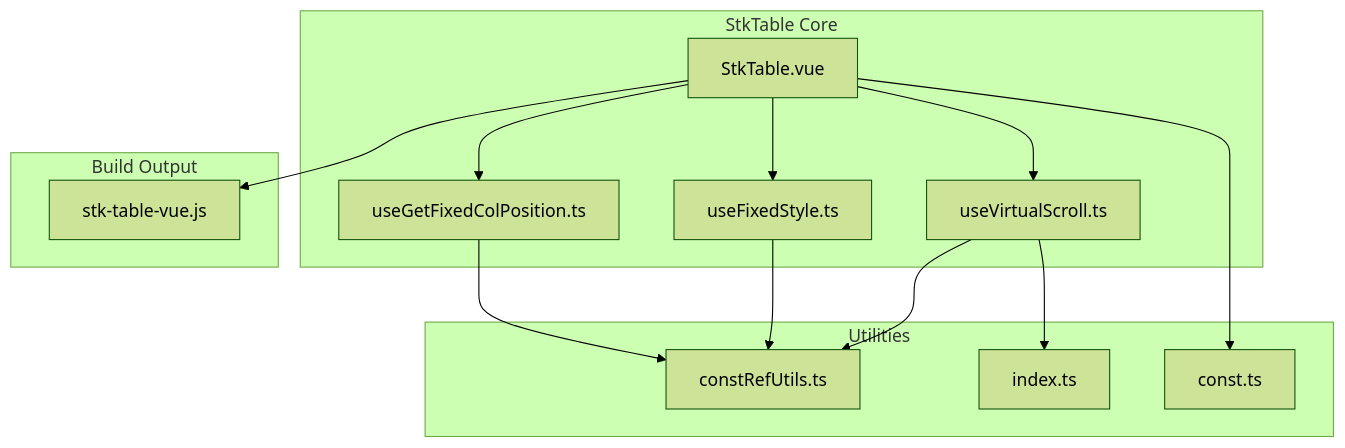
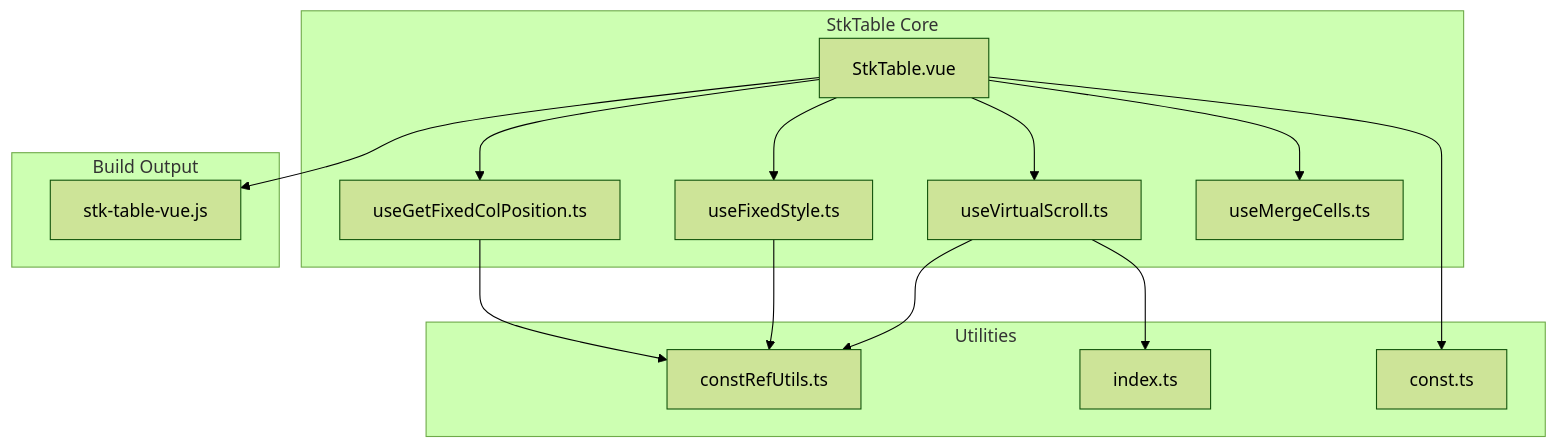
The first of 9 diagrams in .qoder/repowiki/en/content/Performance Optimization/Computed Style Caching.md (ja-plus/stk-table-vue), drawn with Mermaid (forest theme) before and after one commit. The commit also changed other lines of this file and 3 other files, not shown here.

````diff
--- a/.qoder/repowiki/en/content/Performance Optimization/Computed Style Caching.md
+++ b/.qoder/repowiki/en/content/Performance Optimization/Computed Style Caching.md
@@ -36,26 +47,28 @@
 ```mermaid
 graph TB
 subgraph "StkTable Core"
 STK[StkTable.vue]
 VS[useVirtualScroll.ts]
 FS[useFixedStyle.ts]
 FCP[useGetFixedColPosition.ts]
+MC[useMergeCells.ts]
 end
 subgraph "Utilities"
 CRU[constRefUtils.ts]
 UTIL[index.ts]
 CONST[const.ts]
 end
 subgraph "Build Output"
 LIB[stk-table-vue.js]
 end
 STK --> VS
 STK --> FS
 STK --> FCP
+STK --> MC
 VS --> CRU
 FS --> CRU
 FCP --> CRU
 VS --> UTIL
 STK --> CONST
 STK --> LIB
 ```
````
